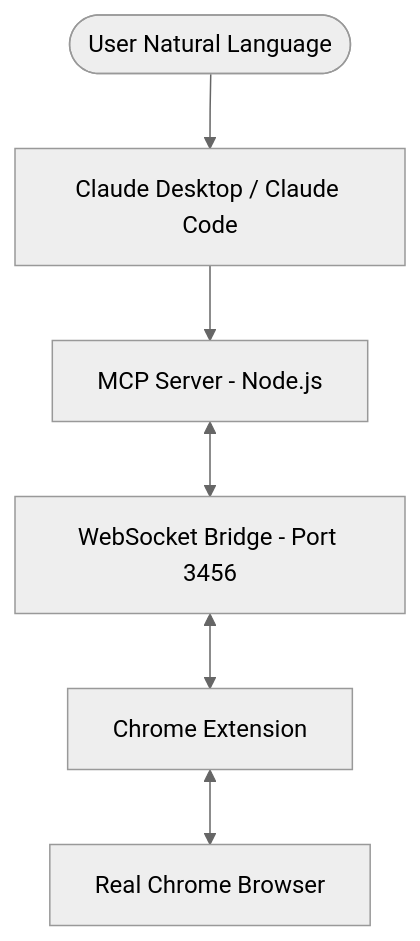
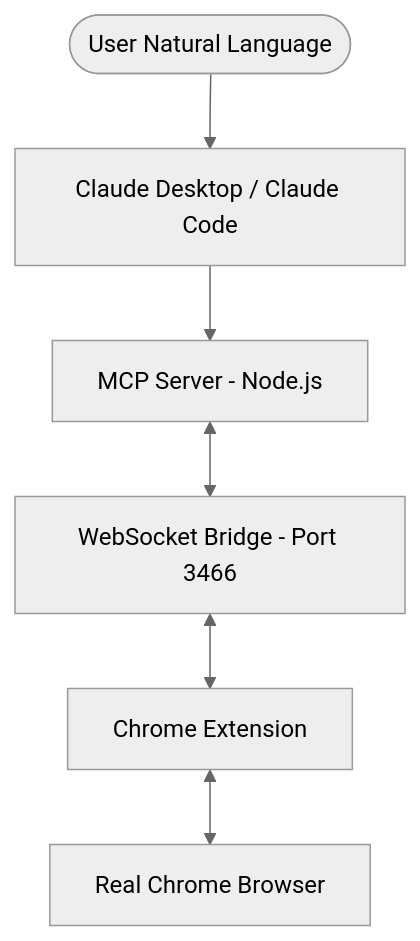
One commit to izi-test/izitest-agent changed the diagram in docs/introduction.md. Above: the diagram before and after it, drawn with Mermaid (neutral theme). The commit also changed 16 other files, not shown here.

````diff
--- a/docs/introduction.md
+++ b/docs/introduction.md
@@ -20,8 +20,8 @@
 ```mermaid
 graph TD
     User([User Natural Language]) --> Claude[Claude Desktop / Claude Code]
     Claude --> MCPServer[MCP Server - Node.js]
-    MCPServer <--> WSBridge[WebSocket Bridge - Port 3456]
+    MCPServer <--> WSBridge[WebSocket Bridge - Port 3466]
     WSBridge <--> ChromeExt[Chrome Extension]
     ChromeExt <--> RealBrowser[Real Chrome Browser]
 ```
````
